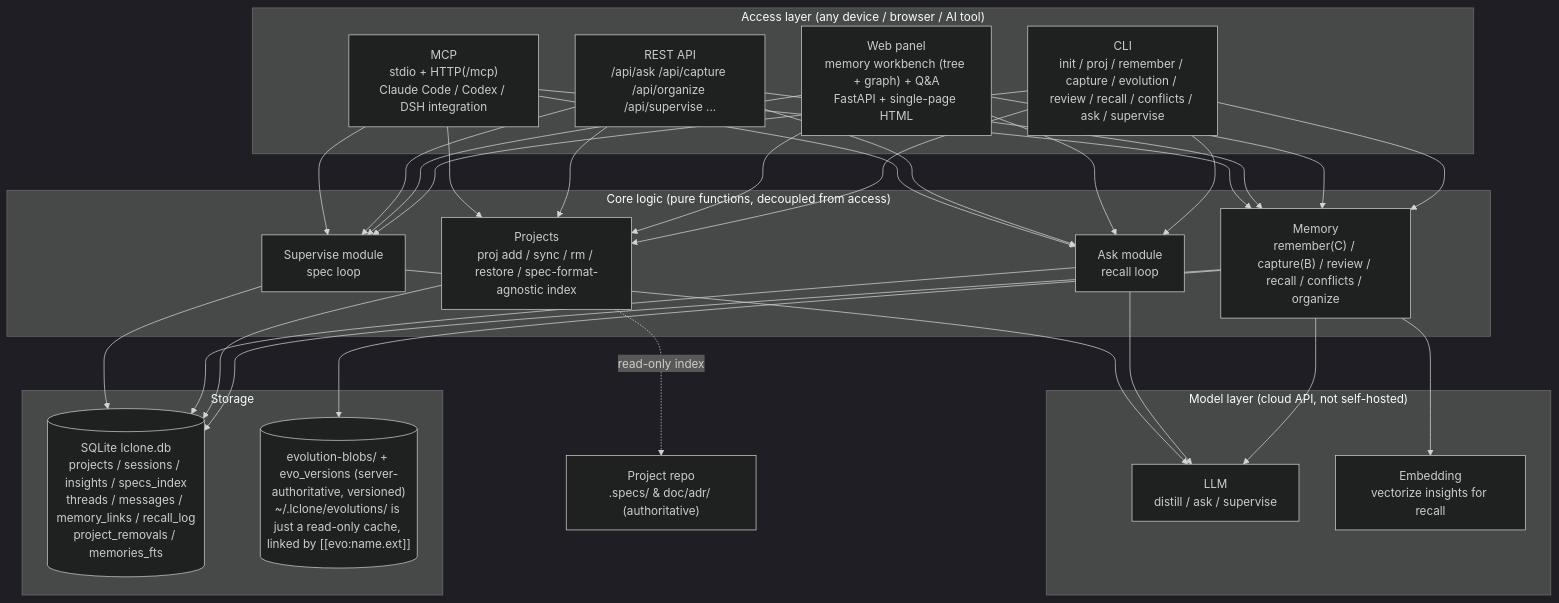
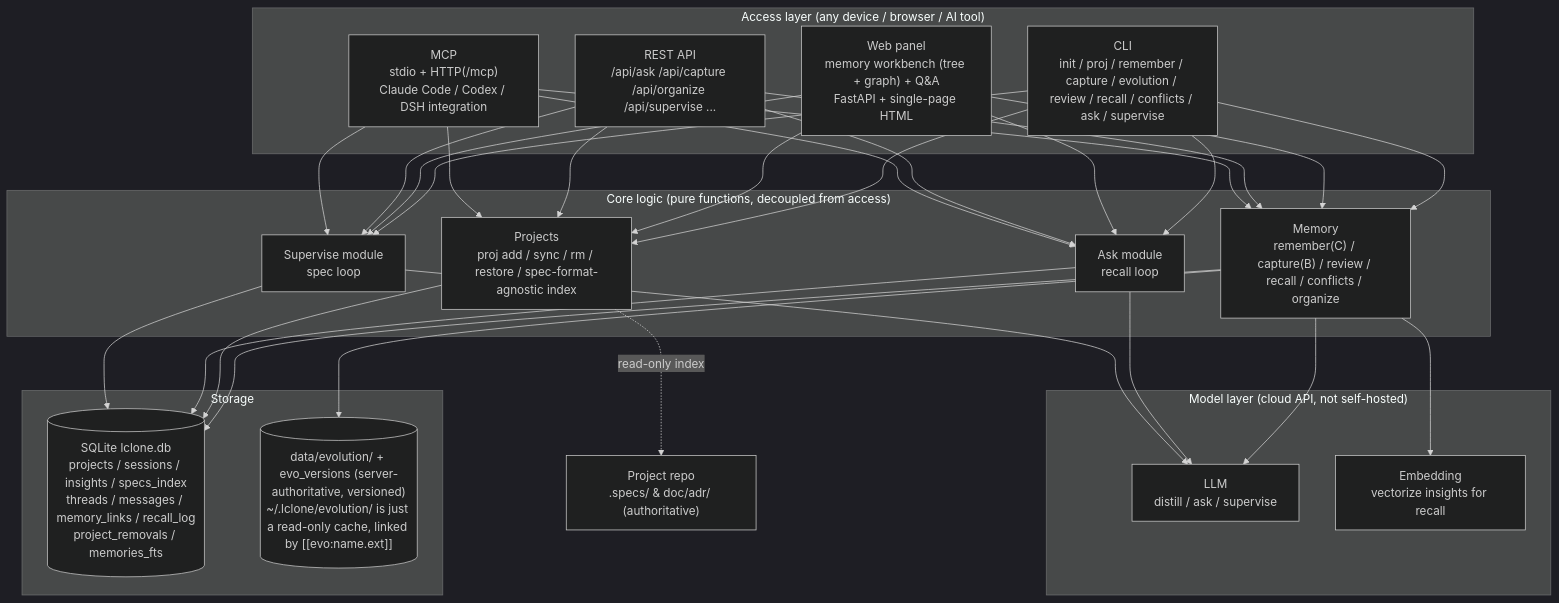
One commit to ljzRober/L-clone changed the diagram in README.md. Above: the diagram before and after it, drawn with Mermaid (dark theme). The commit also changed other lines of this file and 23 other files, not shown here.

````diff
--- a/README.md
+++ b/README.md
@@ -31,39 +31,39 @@
 ```mermaid
 flowchart TB
     subgraph 访问层["Access layer (any device / browser / AI tool)"]
         CLI["CLI<br/>init / proj / remember / capture / evolution / review / recall / conflicts / ask / supervise"]
         WEB["Web panel<br/>memory workbench (tree + graph) + Q&A<br/>FastAPI + single-page HTML"]
         API["REST API<br/>/api/ask /api/capture /api/organize /api/supervise ..."]
         MCP["MCP<br/>stdio + HTTP(/mcp)<br/>Claude Code / Codex / DSH integration"]
     end
 
     subgraph 核心["Core logic (pure functions, decoupled from access)"]
         MEM["Memory<br/>remember(C) / capture(B) / review / recall / conflicts / organize"]
         PROJ["Projects<br/>proj add / sync / rm / restore / spec-format-agnostic index"]
         CHAT["Ask module<br/>recall loop"]
         SUPE["Supervise module<br/>spec loop"]
     end
 
     subgraph 存储["Storage"]
         DB[("SQLite lclone.db<br/>projects / sessions / insights / specs_index<br/>threads / messages / memory_links / recall_log<br/>project_removals / memories_fts")]
-        EVO[("evolution-blobs/ + evo_versions (server-authoritative, versioned)<br/>~/.lclone/evolutions/ is just a read-only cache, linked by [[evo:name.ext]]")]
+        EVO[("data/evolution/ + evo_versions (server-authoritative, versioned)<br/>~/.lclone/evolution/ is just a read-only cache, linked by [[evo:name.ext]]")]
     end
 
     subgraph 模型["Model layer (cloud API, not self-hosted)"]
         LLM["LLM<br/>distill / ask / supervise"]
         EMB["Embedding<br/>vectorize insights for recall"]
     end
 
     CLI --> MEM & PROJ & CHAT & SUPE
     WEB --> MEM & PROJ & CHAT & SUPE
     API --> MEM & PROJ & CHAT & SUPE
     MCP --> MEM & PROJ & CHAT & SUPE
     MEM --> DB & EVO
     PROJ --> DB
     CHAT --> DB
     SUPE --> DB
     PROJ -. read-only index .-> REPO["Project repo<br/>.specs/ & doc/adr/ (authoritative)"]
     MEM --> EMB & LLM
     CHAT --> LLM
     SUPE --> LLM
 ```
````
